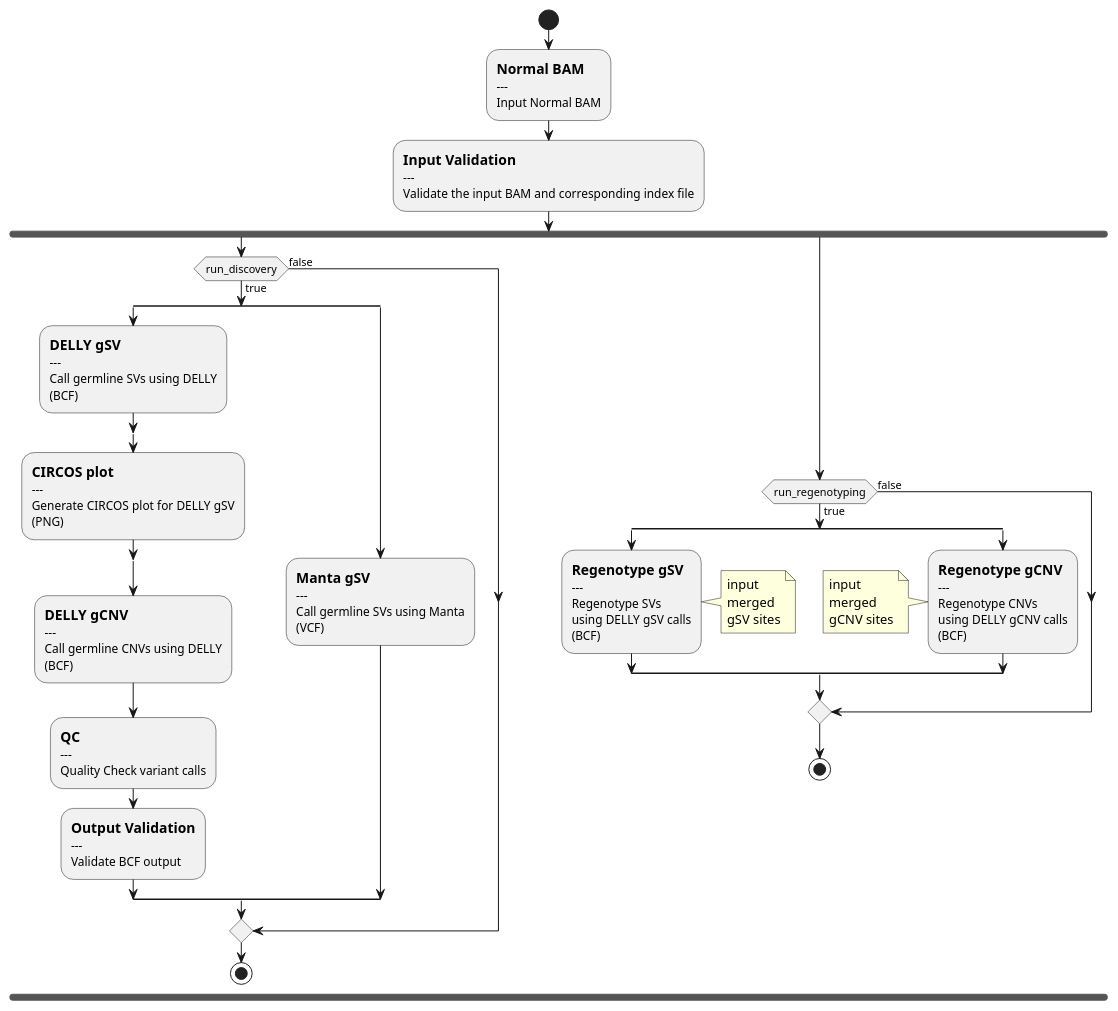
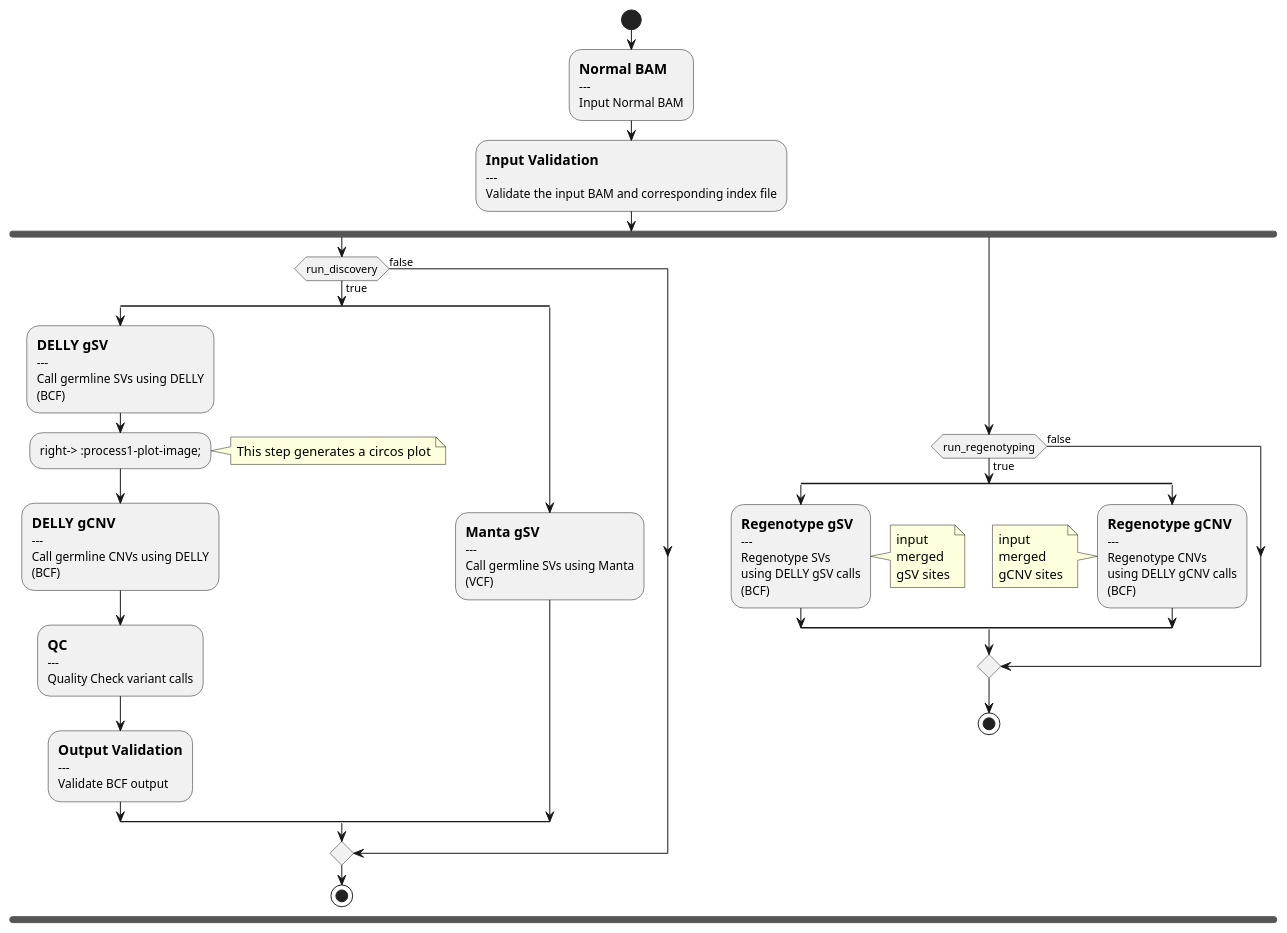
Before and after one commit to uclahs-cds/pipeline-call-gSV: the diagram in docs/call-gSV.puml, drawn with PlantUML.

Commit message:
update PUML

```diff
--- a/docs/call-gSV.puml
+++ b/docs/call-gSV.puml
@@ -1,67 +1,63 @@
 @startuml
 skinparam SwimlaneTitleFontStyle bold
 
 start
 
 :==Normal BAM
 ---
 Input Normal BAM;
 :==Input Validation
 ---
 Validate the input BAM and corresponding index file;
 fork
 if (run_discovery) is (true) then
     split
         :==DELLY gSV
         ---
         Call germline SVs using DELLY
         (BCF);
-        split
-            :==CIRCOS plot
-            ---
-            Generate CIRCOS plot for DELLY gSV
-            (PNG);
-        end split
+        -right-> :process1-plot-image;
+        note right: This step generates a circos plot
         :==DELLY gCNV
         ---
         Call germline CNVs using DELLY
         (BCF);
         :==QC
         ---
         Quality Check variant calls;
         :==Output Validation
         ---
         Validate BCF output;
     split again
         :==Manta gSV
         ---
         Call germline SVs using Manta
         (VCF);
     end split
 else (false)
 endif
 stop
 
 fork again
 if (run_regenotyping) is (true) then
     split
     :==Regenotype gSV
     ---
     Regenotype SVs
     using DELLY gSV calls
     (BCF);
     note right: input\nmerged\ngSV sites
     split again
     :==Regenotype gCNV
     ---
     Regenotype CNVs
     using DELLY gCNV calls
     (BCF);
     note left: input\nmerged\ngCNV sites
     end split
 
 else (false)
 endif
 stop
 
 @enduml
```
